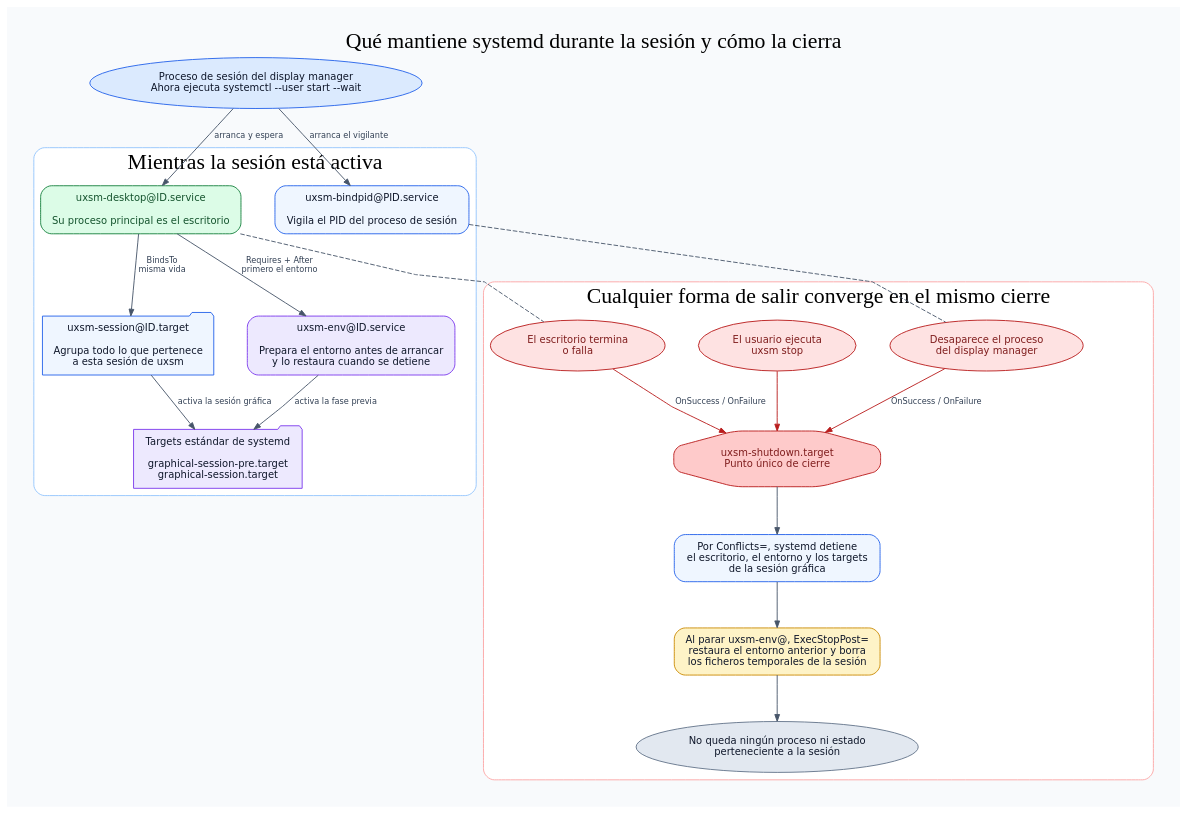
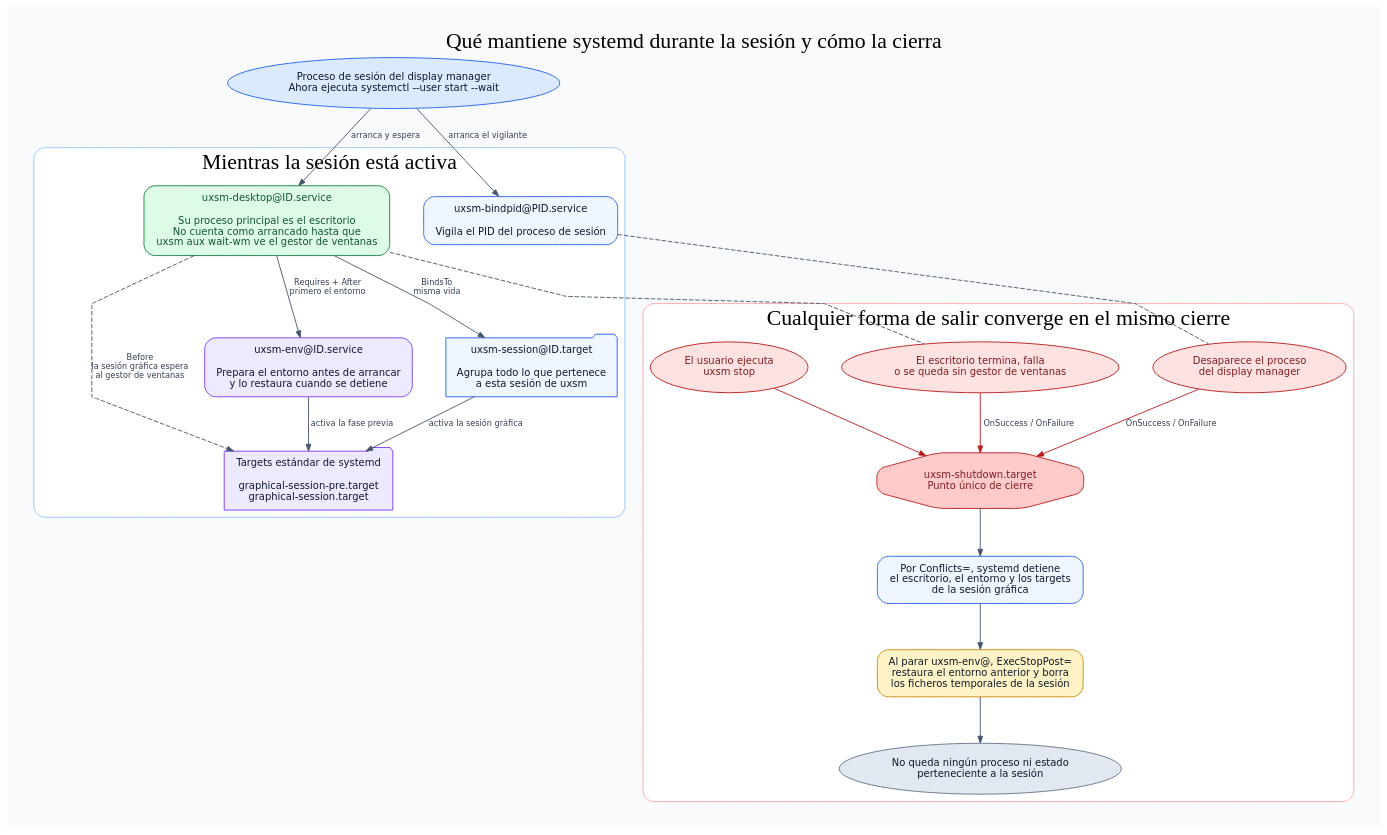
Before and after one commit to heizeisaburou/uxsm: the diagram in docs/flows/systemd-lifecycle.dot, drawn with Graphviz. The commit also changed 13 other files, not shown here.

First line of the commit message:
Paso 4: la sesión no está lista hasta que hay gestor de ventanas

```diff
--- a/docs/flows/systemd-lifecycle.dot
+++ b/docs/flows/systemd-lifecycle.dot
@@ -1,76 +1,77 @@
 digraph systemd_lifecycle {
   graph [
     label="Qué mantiene systemd durante la sesión y cómo la cierra",
     labelloc=t,
     fontsize=24,
     fontname="DejaVu Sans Bold",
     bgcolor="#f8fafc",
     pad=0.30,
     nodesep=0.52,
     ranksep=0.68,
     splines=polyline
   ];
   node [shape=box, style="rounded,filled", fontname="DejaVu Sans", fontsize=11,
         color="#2563eb", fillcolor="#eff6ff", fontcolor="#0f172a", margin="0.16,0.11"];
   edge [fontname="DejaVu Sans", fontsize=9, color="#475569", fontcolor="#334155", arrowsize=0.75];
 
   login [shape=oval, fillcolor="#dbeafe",
          label="Proceso de sesión del display manager\nAhora ejecuta systemctl --user start --wait"];
 
   subgraph cluster_active {
     label="Mientras la sesión está activa";
     color="#93c5fd";
     style="rounded,filled";
     fillcolor="#ffffff";
     fontname="DejaVu Sans Bold";
 
     bind [label="uxsm-bindpid@PID.service\n\nVigila el PID del proceso de sesión"];
     env [fillcolor="#ede9fe", color="#7c3aed",
          label="uxsm-env@ID.service\n\nPrepara el entorno antes de arrancar\ny lo restaura cuando se detiene"];
     desktop [fillcolor="#dcfce7", color="#15803d", fontcolor="#14532d",
-             label="uxsm-desktop@ID.service\n\nSu proceso principal es el escritorio"];
+             label="uxsm-desktop@ID.service\n\nSu proceso principal es el escritorio\nNo cuenta como arrancado hasta que\nuxsm aux wait-wm ve el gestor de ventanas"];
     session [shape=folder,
              label="uxsm-session@ID.target\n\nAgrupa todo lo que pertenece\na esta sesión de uxsm"];
     standards [shape=folder, fillcolor="#ede9fe", color="#7c3aed",
                label="Targets estándar de systemd\n\ngraphical-session-pre.target\ngraphical-session.target"];
 
     desktop -> env [label=" Requires + After\nprimero el entorno "];
     desktop -> session [label=" BindsTo\nmisma vida "];
+    desktop -> standards [label=" Before\nla sesión gráfica espera\nal gestor de ventanas ", style=dashed];
     session -> standards [label=" activa la sesión gráfica "];
     env -> standards [label=" activa la fase previa "];
   }
 
   subgraph cluster_shutdown {
     label="Cualquier forma de salir converge en el mismo cierre";
     color="#fca5a5";
     style="rounded,filled";
     fillcolor="#ffffff";
     fontname="DejaVu Sans Bold";
 
     quit [shape=oval, color="#b91c1c", fillcolor="#fee2e2", fontcolor="#7f1d1d",
-          label="El escritorio termina\no falla"];
+          label="El escritorio termina, falla\no se queda sin gestor de ventanas"];
     killed [shape=oval, color="#b91c1c", fillcolor="#fee2e2", fontcolor="#7f1d1d",
             label="Desaparece el proceso\ndel display manager"];
     stop [shape=oval, color="#b91c1c", fillcolor="#fee2e2", fontcolor="#7f1d1d",
           label="El usuario ejecuta\nuxsm stop"];
     shutdown [shape=octagon, color="#b91c1c", fillcolor="#fecaca", fontcolor="#7f1d1d",
               label="uxsm-shutdown.target\nPunto único de cierre"];
     stopunits [label="Por Conflicts=, systemd detiene\nel escritorio, el entorno y los targets\nde la sesión gráfica"];
     cleanup [fillcolor="#fef3c7", color="#ca8a04",
              label="Al parar uxsm-env@, ExecStopPost=\nrestaura el entorno anterior y borra\nlos ficheros temporales de la sesión"];
     down [shape=oval, fillcolor="#e2e8f0", color="#64748b",
           label="No queda ningún proceso ni estado\nperteneciente a la sesión"];
 
     quit -> shutdown [label=" OnSuccess / OnFailure ", color="#b91c1c"];
     killed -> shutdown [label=" OnSuccess / OnFailure ", color="#b91c1c"];
     stop -> shutdown [color="#b91c1c"];
     shutdown -> stopunits -> cleanup -> down;
 
     {rank=same; quit; killed; stop}
   }
 
   login -> bind [label=" arranca el vigilante "];
   login -> desktop [label=" arranca y espera "];
   desktop -> quit [style=dashed, arrowhead=none];
   bind -> killed [style=dashed, arrowhead=none];
 }
```
